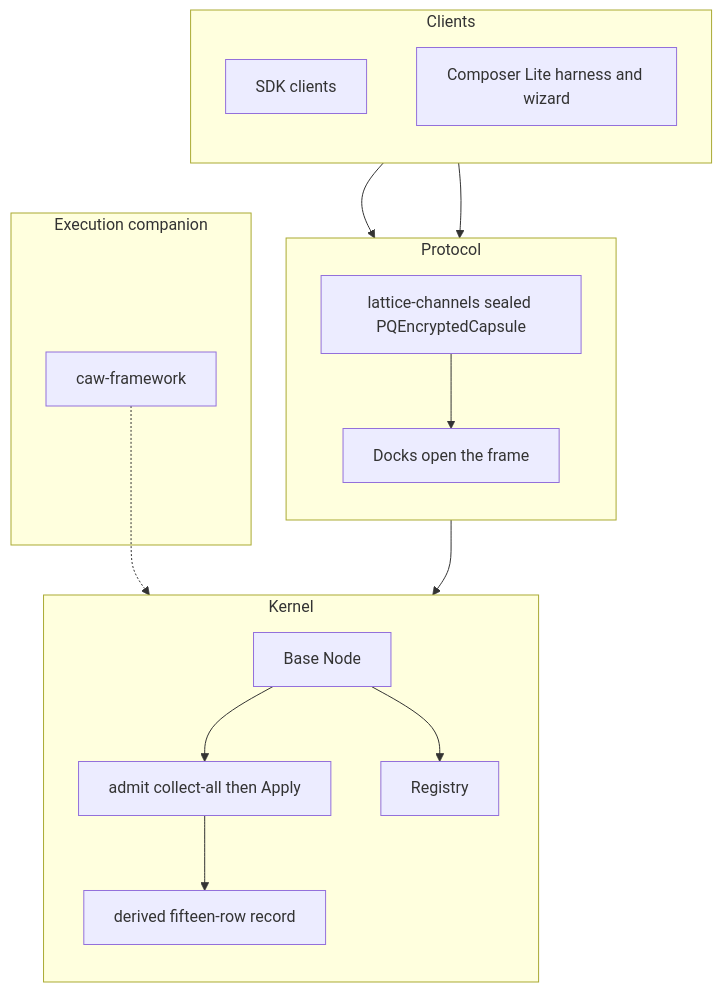
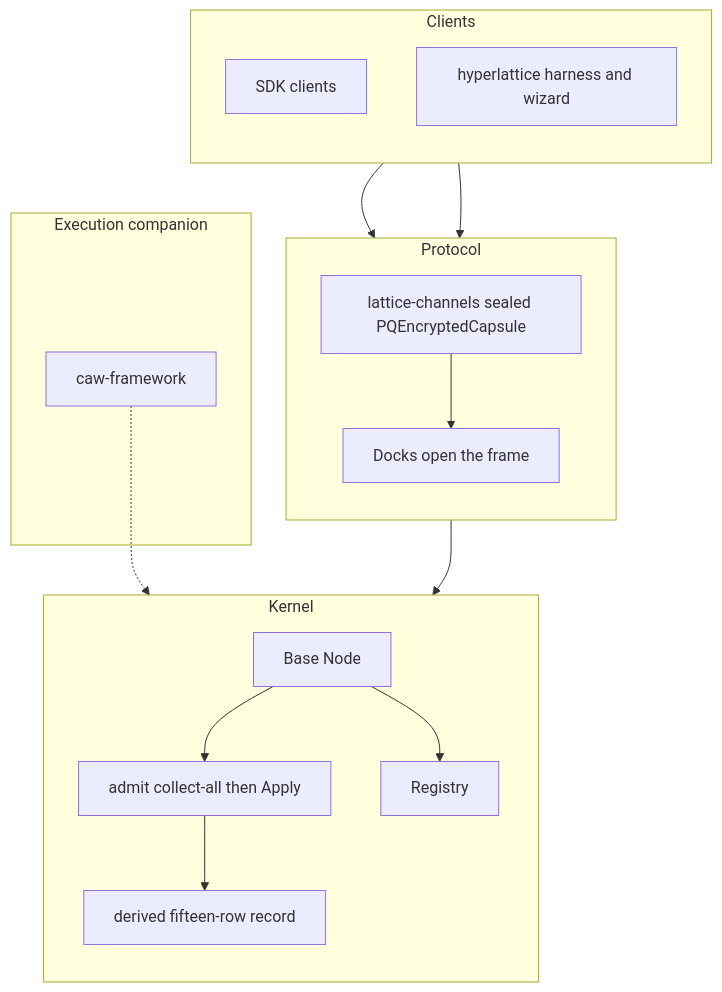
The diagram in AEP-User-Experience/docs/architecture/aep-28-architecture.mmd (thePM001/AEP-agent-element-protocol), drawn with Mermaid before and after one commit. The commit also changed 177 other files, not shown here.

```diff
--- a/AEP-User-Experience/docs/architecture/aep-28-architecture.mmd
+++ b/AEP-User-Experience/docs/architecture/aep-28-architecture.mmd
@@ -1,33 +1,33 @@
 flowchart TB
   subgraph CLIENTS[Clients]
     direction TB
     SDK[SDK clients]
-    OP[Composer Lite harness and wizard]
+    OP[hyperlattice harness and wizard]
   end
 
   subgraph PROTOCOL[Protocol]
     direction TB
     LT[lattice-channels sealed PQEncryptedCapsule]
     DOCK[Docks open the frame]
   end
 
   subgraph KERNEL[Kernel]
     direction TB
     BN[Base Node]
     EVAL[admit collect-all then Apply]
     LEDGER[derived fifteen-row record]
     REG[Registry]
   end
 
   subgraph COMPANION[Execution companion]
     CAW[caw-framework]
   end
 
   SDK --> LT
   OP --> LT
   LT --> DOCK
   DOCK --> BN
   BN --> EVAL
   EVAL --> LEDGER
   BN --> REG
   CAW -.-> BN
```
